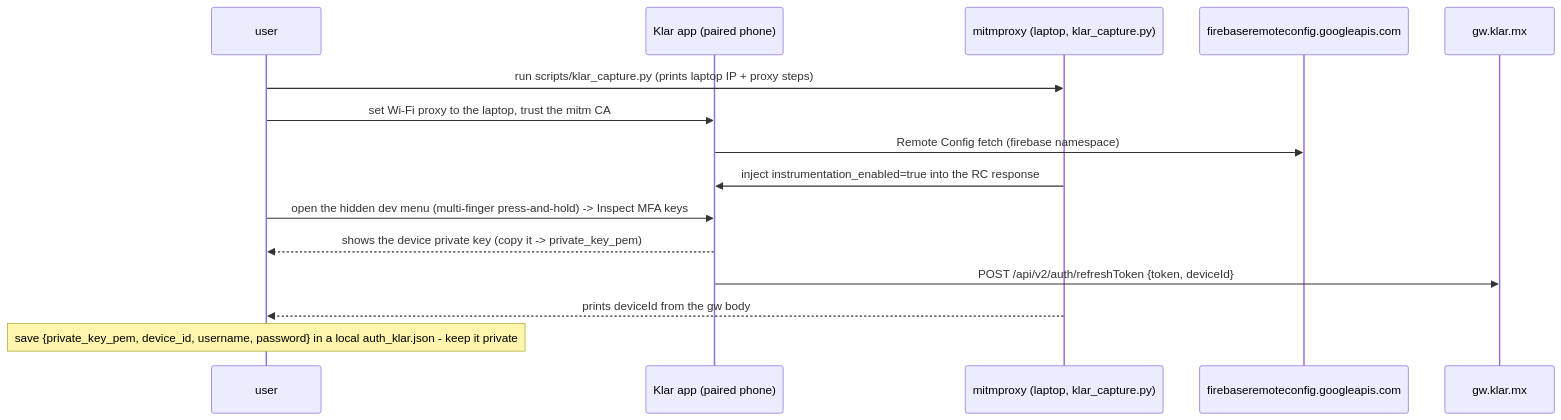
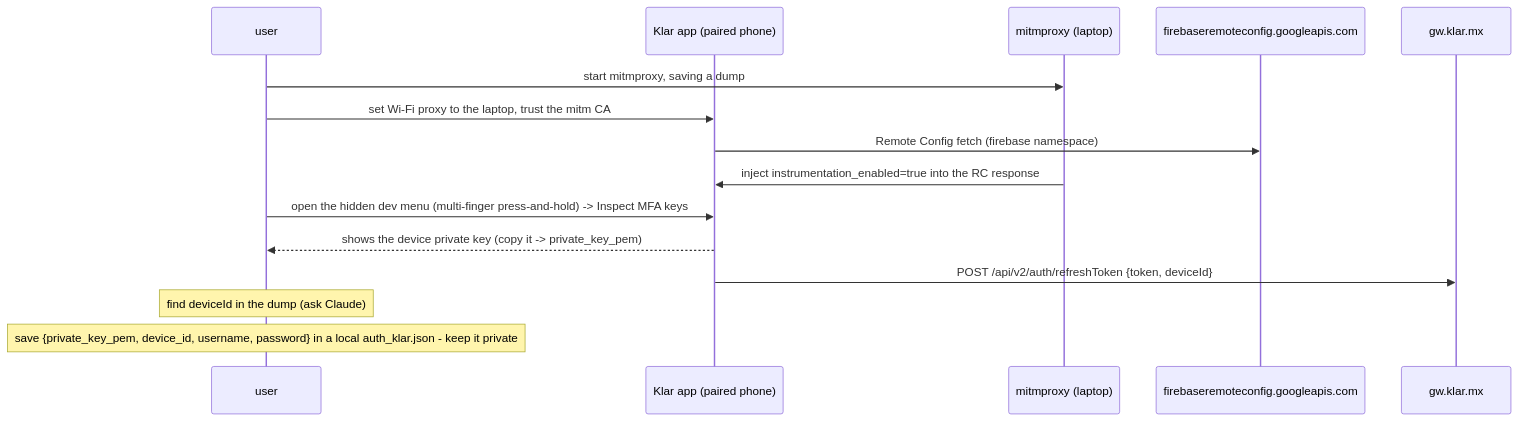
One commit to PaoloReyes/finscraper-mx changed the first of 2 diagrams in docs/flows/klar.md. Above: the diagram before and after it, drawn with Mermaid. The commit also changed other lines of this file and 7 other files, not shown here.

Commit message:
Credentials: capture via mitmproxy dump + Claude; drop scripts/

````diff
--- a/docs/flows/klar.md
+++ b/docs/flows/klar.md
@@ -28,18 +29,18 @@
 ```mermaid
 sequenceDiagram
   participant U as user
   participant Ph as Klar app (paired phone)
-  participant M as mitmproxy (laptop, klar_capture.py)
+  participant M as mitmproxy (laptop)
   participant FB as firebaseremoteconfig.googleapis.com
   participant GW as gw.klar.mx
 
-  U->>M: run scripts/klar_capture.py (prints laptop IP + proxy steps)
+  U->>M: start mitmproxy, saving a dump
   U->>Ph: set Wi-Fi proxy to the laptop, trust the mitm CA
   Ph->>FB: Remote Config fetch (firebase namespace)
   M->>Ph: inject instrumentation_enabled=true into the RC response
   U->>Ph: open the hidden dev menu (multi-finger press-and-hold) -> Inspect MFA keys
   Ph-->>U: shows the device private key (copy it -> private_key_pem)
   Ph->>GW: POST /api/v2/auth/refreshToken {token, deviceId}
-  M-->>U: prints deviceId from the gw body
+  Note over U: find deviceId in the dump (ask Claude)
   Note over U: save {private_key_pem, device_id, username, password} in a local auth_klar.json - keep it private
 ```
````
